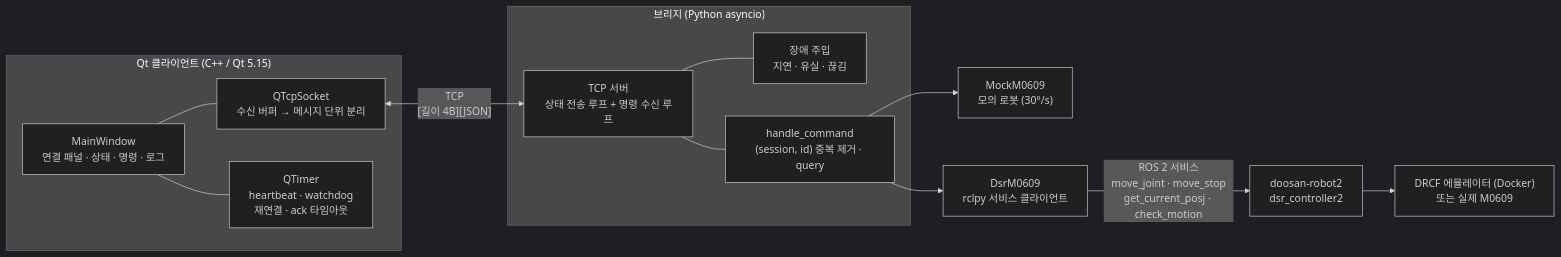
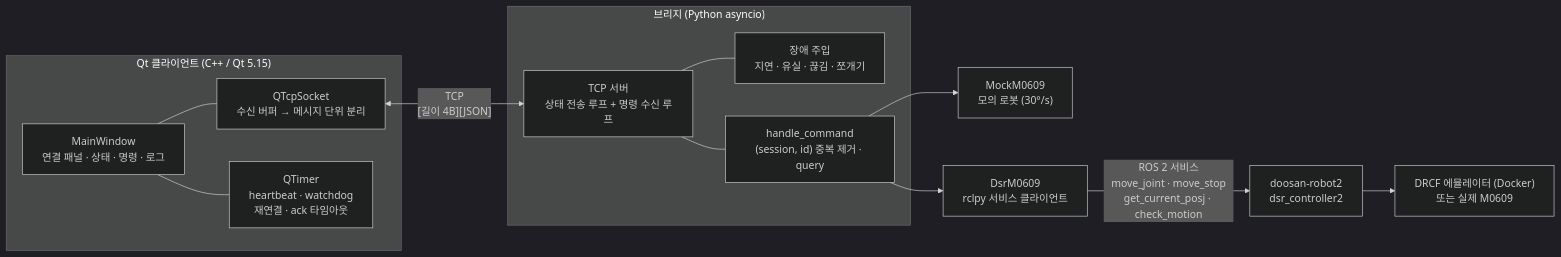
One commit to je1113/qt_and_tcp changed the first of 2 diagrams in README.md. Above: the diagram before and after it, drawn with Mermaid (dark theme). The commit also changed other lines of this file and 1 other file, not shown here.

````diff
--- a/README.md
+++ b/README.md
@@ -36,25 +36,25 @@
 ```mermaid
 flowchart LR
     subgraph Qt["Qt 클라이언트 (C++ / Qt 5.15)"]
         UI["MainWindow<br/>연결 패널 · 상태 · 명령 · 로그"]
         SOCK["QTcpSocket<br/>수신 버퍼 → 메시지 단위 분리"]
         TIMERS["QTimer<br/>heartbeat · watchdog<br/>재연결 · ack 타임아웃"]
         UI --- SOCK
         UI --- TIMERS
     end
 
     subgraph Bridge["브리지 (Python asyncio)"]
         SERVER["TCP 서버<br/>상태 전송 루프 + 명령 수신 루프"]
-        FAULTS["장애 주입<br/>지연 · 유실 · 끊김"]
+        FAULTS["장애 주입<br/>지연 · 유실 · 끊김 · 쪼개기"]
         CMD["handle_command<br/>(session, id) 중복 제거 · query"]
         SERVER --- FAULTS
         SERVER --- CMD
     end
 
     SOCK <-->|"TCP<br/>[길이 4B][JSON]"| SERVER
 
     CMD --> MOCK["MockM0609<br/>모의 로봇 (30°/s)"]
     CMD --> DSR["DsrM0609<br/>rclpy 서비스 클라이언트"]
     DSR -->|"ROS 2 서비스<br/>move_joint · move_stop<br/>get_current_posj · check_motion"| CTRL["doosan-robot2<br/>dsr_controller2"]
     CTRL --> EMU["DRCF 에뮬레이터 (Docker)<br/>또는 실제 M0609"]
 ```
````
